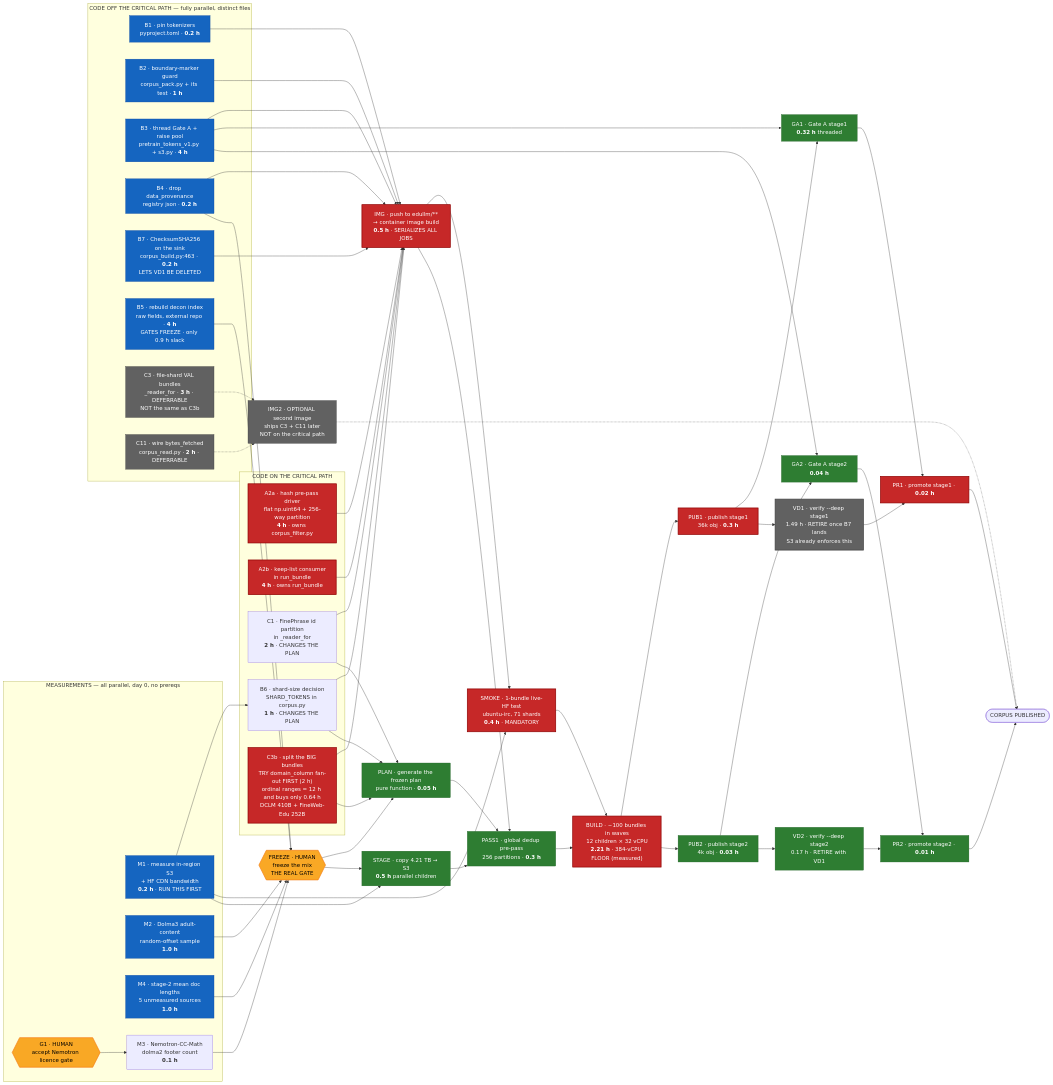
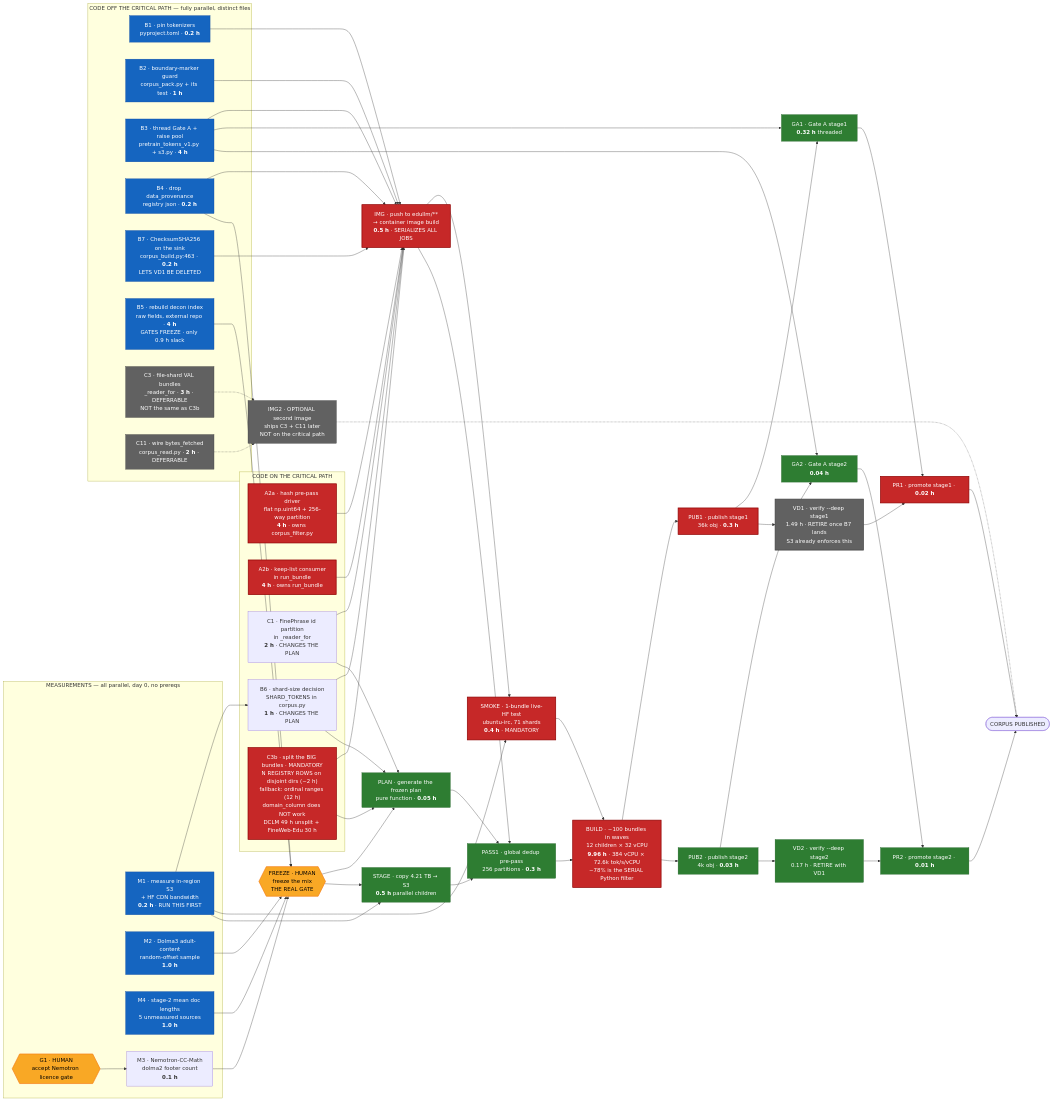
One commit to edu-llm/edullm-data changed the diagram in docs/BUILD-DEPENDENCY-GRAPH.md. Above: the diagram before and after it, drawn with Mermaid. The commit also changed other lines of this file and 16 other files, not shown here.

```diff
--- a/docs/BUILD-DEPENDENCY-GRAPH.md
+++ b/docs/BUILD-DEPENDENCY-GRAPH.md
@@ -85,7 +94,7 @@
         A2b["A2b · keep-list consumer<br/>in run_bundle<br/><b>4 h</b> · owns run_bundle"]
         C1["C1 · FinePhrase id partition<br/>in _reader_for<br/><b>2 h</b> · CHANGES THE PLAN"]
         B6["B6 · shard-size decision<br/>SHARD_TOKENS in corpus.py<br/><b>1 h</b> · CHANGES THE PLAN"]
-        C3b["C3b · split the BIG bundles<br/>TRY domain_column fan-out FIRST (2 h)<br/>ordinal ranges = 12 h and buys only 0.64 h<br/>DCLM 410B + FineWeb-Edu 252B"]
+        C3b["C3b · split the BIG bundles · MANDATORY<br/>N REGISTRY ROWS on disjoint dirs (~2 h)<br/>fallback: ordinal ranges (12 h)<br/>domain_column does NOT work<br/>DCLM 49 h unsplit + FineWeb-Edu 30 h"]
     end
 
     subgraph CODE_PAR["CODE OFF THE CRITICAL PATH — fully parallel, distinct files"]
@@ -107,7 +116,7 @@
     STAGE["STAGE · copy 4.21 TB → S3<br/><b>0.5 h</b> parallel children"]
     PASS1["PASS1 · global dedup pre-pass<br/>256 partitions · <b>0.3 h</b>"]
 
-    BUILD["BUILD · ~100 bundles in waves<br/>12 children × 32 vCPU<br/><b>2.21 h</b> · 384-vCPU FLOOR (measured)"]
+    BUILD["BUILD · ~100 bundles in waves<br/>12 children × 32 vCPU<br/><b>9.96 h</b> · 384 vCPU × 72.6k tok/s/vCPU<br/>~78% is the SERIAL Python filter"]
 
     PUB1["PUB1 · publish stage1<br/>36k obj · <b>0.3 h</b>"]
     PUB2["PUB2 · publish stage2<br/>4k obj · <b>0.03 h</b>"]
```
